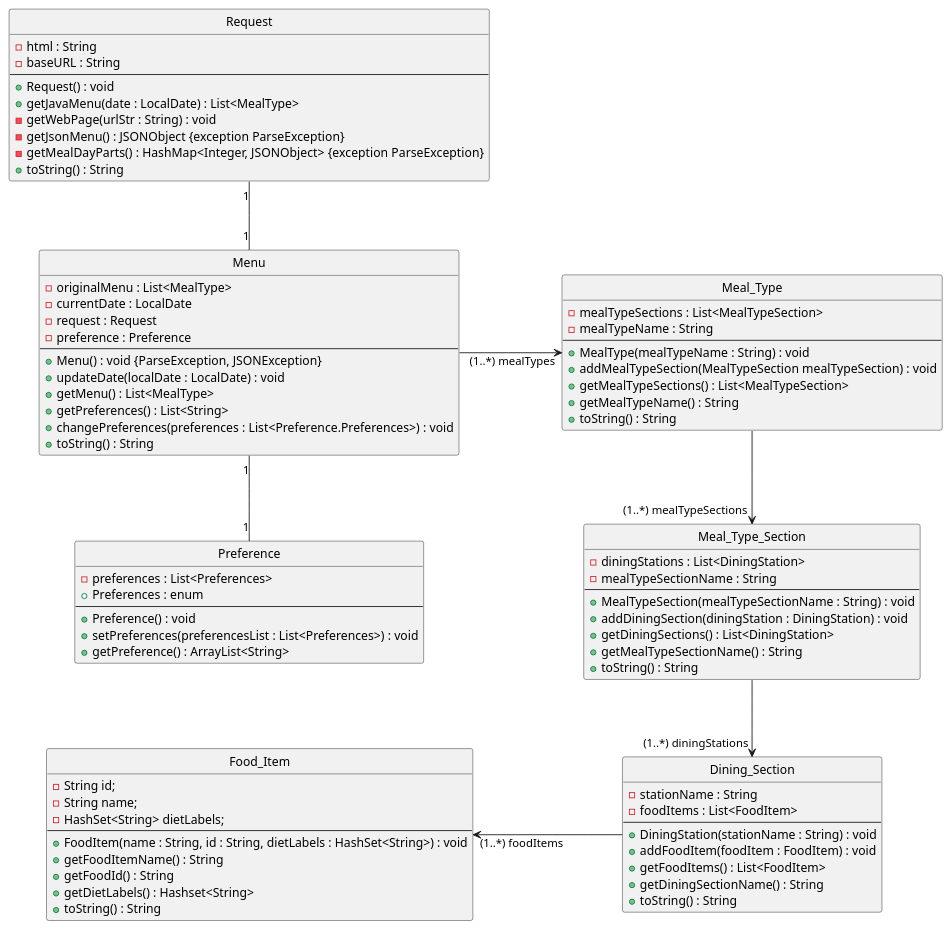
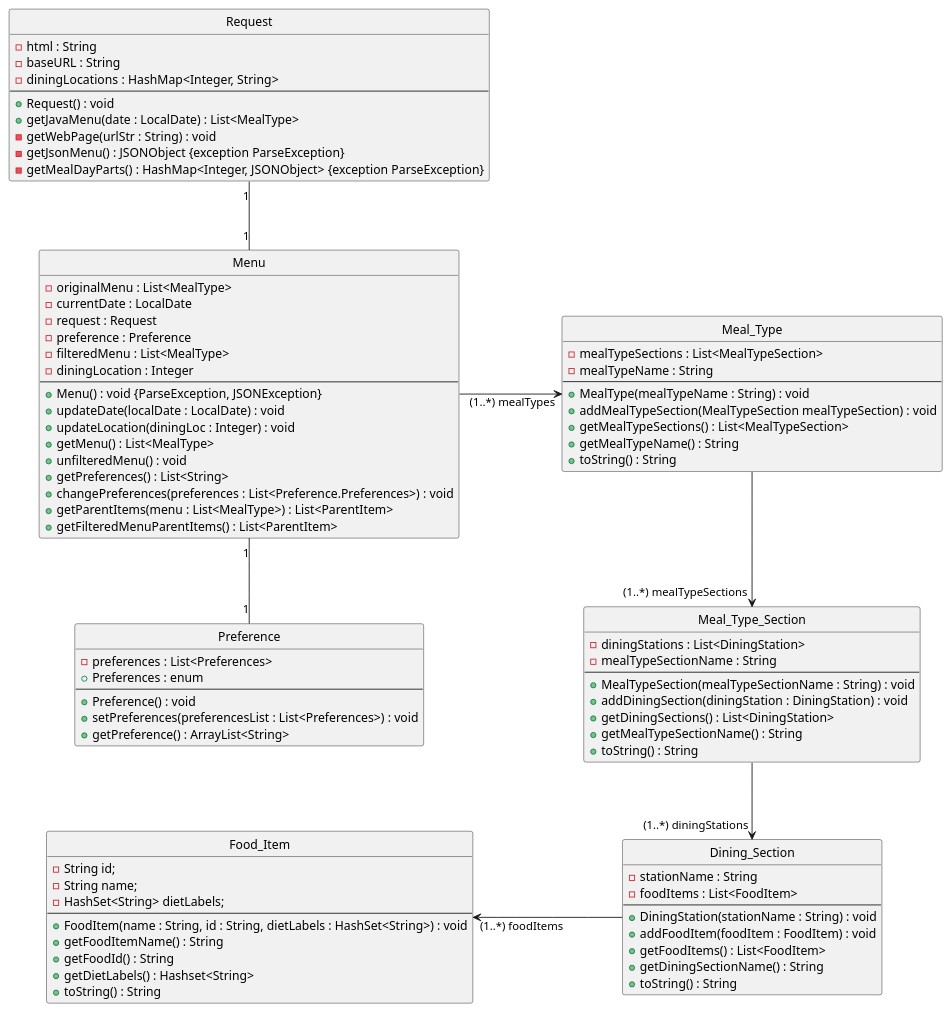
Before and after one commit to EzekielEkanem/team-1d: the diagram in intellij/doc/class-diagram.md, drawn with PlantUML. The commit also changed 1 other file, not shown here.

Commit message:
Updated Class diagram

```diff
--- a/intellij/doc/class-diagram.md
+++ b/intellij/doc/class-diagram.md
@@ -9,13 +9,18 @@
 -currentDate : LocalDate
 -request : Request
 -preference : Preference
+-filteredMenu : List<MealType>
+-diningLocation : Integer
 --
 +Menu() : void {ParseException, JSONException}
 +updateDate(localDate : LocalDate) : void
++updateLocation(diningLoc : Integer) : void
 +getMenu() : List<MealType> 
++unfilteredMenu() : void
 +getPreferences() : List<String> 
 +changePreferences(preferences : List<Preference.Preferences>) : void
-+toString() : String
++getParentItems(menu : List<MealType>) : List<ParentItem>
++getFilteredMenuParentItems() : List<ParentItem>
 }
 
 class Food_Item{
@@ -33,13 +38,13 @@
 class Request{
 -html : String
 -baseURL : String
+-diningLocations : HashMap<Integer, String>
 --
 +Request() : void
 +getJavaMenu(date : LocalDate) : List<MealType>
 -getWebPage(urlStr : String) : void
 -getJsonMenu() : JSONObject {exception ParseException}
 -getMealDayParts() : HashMap<Integer, JSONObject> {exception ParseException}
-+toString() : String
 }
 
 class Preference {
```
